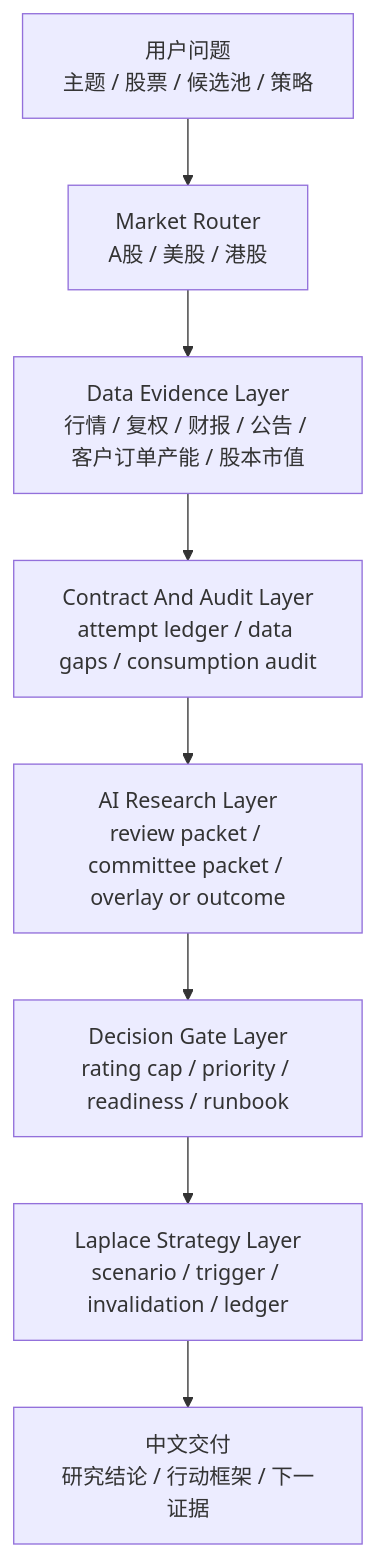
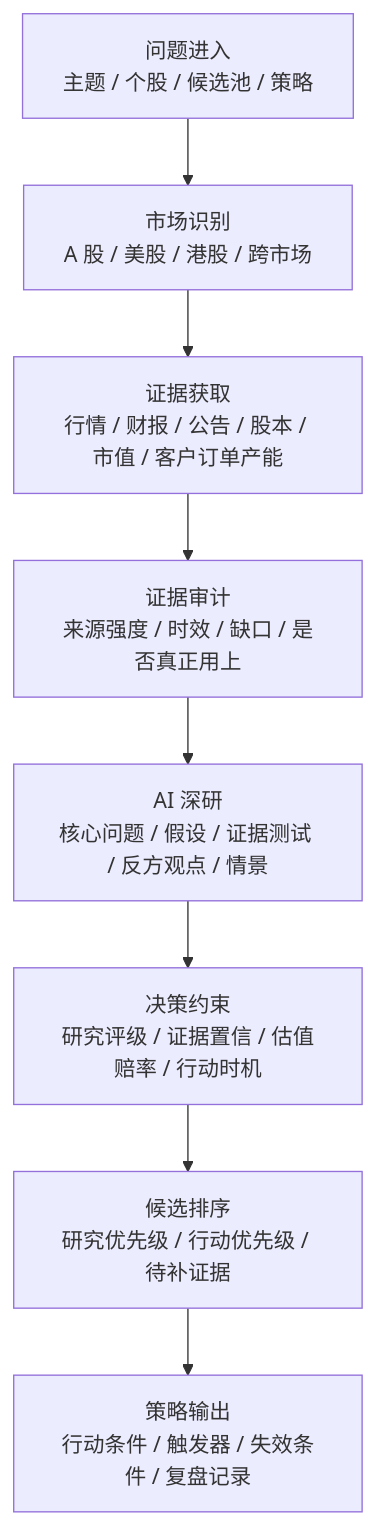
Before and after one commit to lucisxu6-cpu/serenity-chan: the first of 2 diagrams in README.md, drawn with Mermaid. The commit also changed other lines of this file and 29 other files, not shown here.

Commit message:
Harden AI research architecture and contracts

````diff
--- a/README.md
+++ b/README.md
@@ -28,10 +28,10 @@
 ```mermaid
 flowchart TB
-  A["用户问题<br/>主题 / 股票 / 候选池 / 策略"] --> B["Market Router<br/>A股 / 美股 / 港股"]
-  B --> C["Data Evidence Layer<br/>行情 / 复权 / 财报 / 公告 / 客户订单产能 / 股本市值"]
-  C --> D["Contract And Audit Layer<br/>attempt ledger / data gaps / consumption audit"]
-  D --> E["AI Research Layer<br/>review packet / committee packet / overlay or outcome"]
-  E --> F["Decision Gate Layer<br/>rating cap / priority / readiness / runbook"]
-  F --> G["Laplace Strategy Layer<br/>scenario / trigger / invalidation / ledger"]
-  G --> H["中文交付<br/>研究结论 / 行动框架 / 下一证据"]
+  A["问题进入<br/>主题 / 个股 / 候选池 / 策略"] --> B["市场识别<br/>A 股 / 美股 / 港股 / 跨市场"]
+  B --> C["证据获取<br/>行情 / 财报 / 公告 / 股本 / 市值 / 客户订单产能"]
+  C --> D["证据审计<br/>来源强度 / 时效 / 缺口 / 是否真正用上"]
+  D --> E["AI 深研<br/>核心问题 / 假设 / 证据测试 / 反方观点 / 情景"]
+  E --> F["决策约束<br/>研究评级 / 证据置信 / 估值赔率 / 行动时机"]
+  F --> G["候选排序<br/>研究优先级 / 行动优先级 / 待补证据"]
+  G --> H["策略输出<br/>行动条件 / 触发器 / 失效条件 / 复盘记录"]
 ```
````
